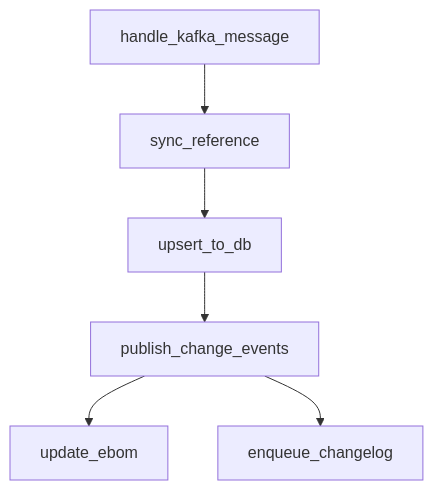
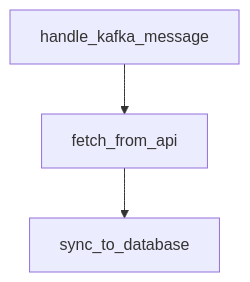
One commit to jpuglielli/penstock changed the diagram in README.md. Above: the diagram before and after it, drawn with Mermaid. The commit also changed other lines of this file, not shown here.

````diff
--- a/README.md
+++ b/README.md
@@ -180,8 +61,5 @@
 ```mermaid
 graph TD
-    handle_kafka_message --> sync_reference
-    sync_reference --> upsert_to_db
-    upsert_to_db --> publish_change_events
-    publish_change_events --> update_ebom
-    publish_change_events --> enqueue_changelog
+    handle_kafka_message --> fetch_from_api
+    fetch_from_api --> sync_to_database
 ```
````
